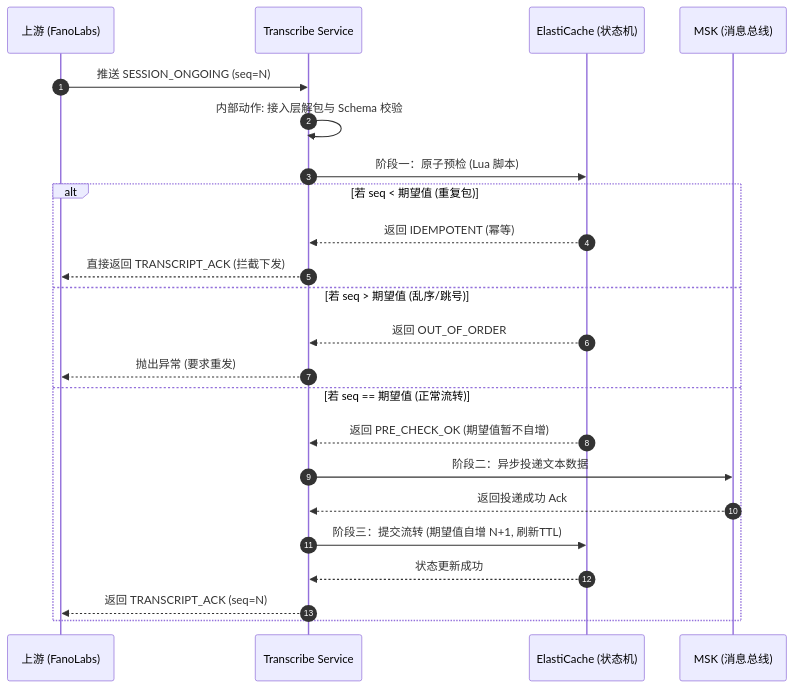
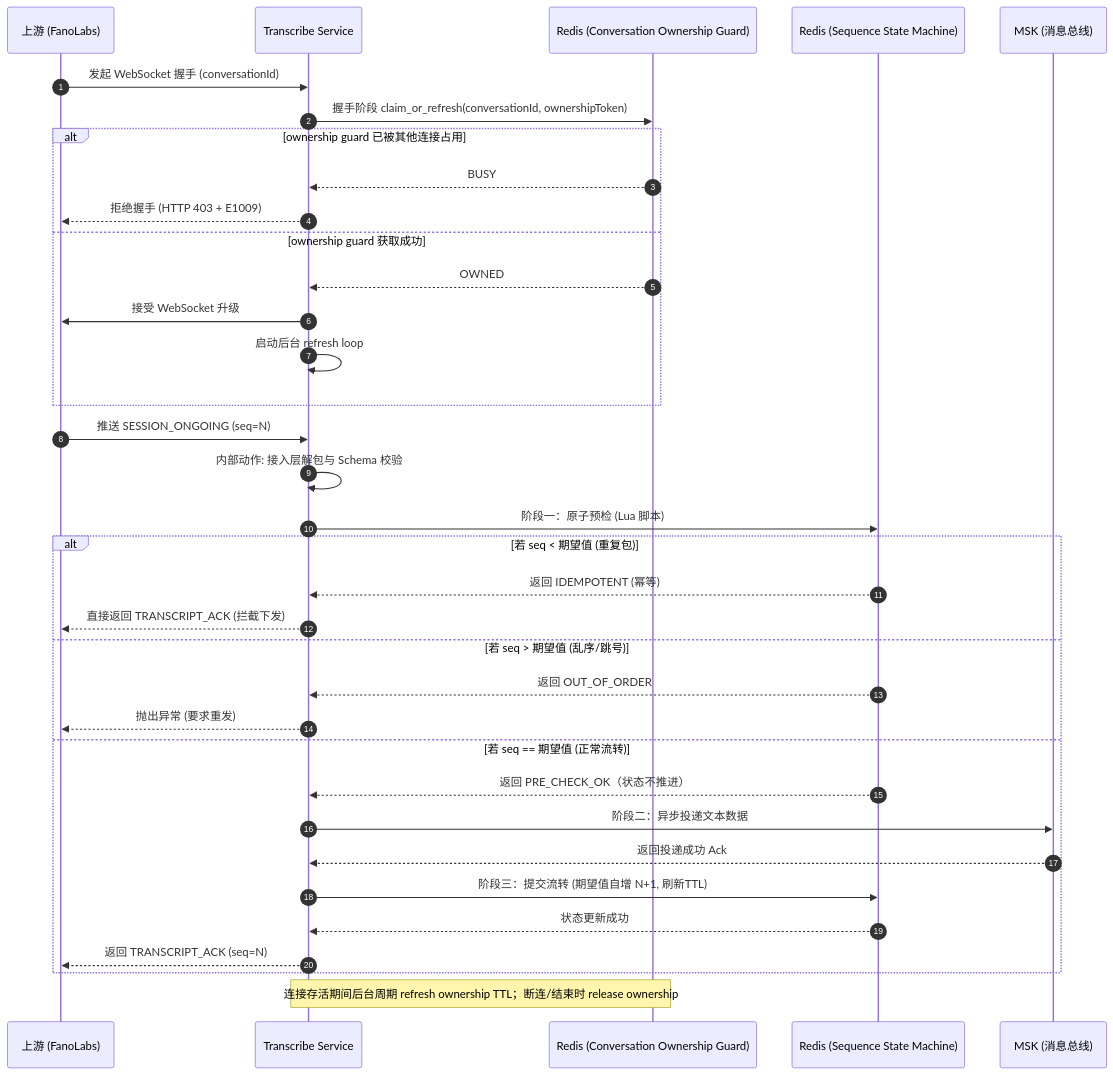
Before and after one commit to xiaodouya001/transcribe_service: the third of 6 diagrams in design/application-design_zh.md, drawn with Mermaid. The commit also changed other lines of this file and 47 other files, not shown here.

````diff
--- a/design/application-design_zh.md
+++ b/design/application-design_zh.md
@@ -114,30 +119,44 @@
 ```mermaid
 sequenceDiagram
     autonumber
     participant Vendor as 上游 (FanoLabs)
     participant Trans as Transcribe Service
-    participant Redis as ElastiCache (状态机)
+    participant RedisOwnership as Redis (Conversation Ownership Guard)
+    participant RedisState as Redis (Sequence State Machine)
     participant Kafka as MSK (消息总线)
+
+    Vendor->>Trans: 发起 WebSocket 握手 (conversationId)
+    Trans->>RedisOwnership: 握手阶段 claim_or_refresh(conversationId, ownershipToken)
+    alt ownership guard 已被其他连接占用
+        RedisOwnership-->>Trans: BUSY
+        Trans-->>Vendor: 拒绝握手 (HTTP 403 + E1009)
+    else ownership guard 获取成功
+        RedisOwnership-->>Trans: OWNED
+        Trans->>Vendor: 接受 WebSocket 升级
+        Trans->>Trans: 启动后台 refresh loop
+    end
 
     Vendor->>Trans: 推送 SESSION_ONGOING (seq=N)
     Trans->>Trans: 内部动作: 接入层解包与 Schema 校验
-    Trans->>Redis: 阶段一：原子预检 (Lua 脚本)
+    Trans->>RedisState: 阶段一：原子预检 (Lua 脚本)
     
     alt 若 seq < 期望值 (重复包)
-        Redis-->>Trans: 返回 IDEMPOTENT (幂等)
+        RedisState-->>Trans: 返回 IDEMPOTENT (幂等)
         Trans-->>Vendor: 直接返回 TRANSCRIPT_ACK (拦截下发)
     else 若 seq > 期望值 (乱序/跳号)
-        Redis-->>Trans: 返回 OUT_OF_ORDER
+        RedisState-->>Trans: 返回 OUT_OF_ORDER
         Trans-->>Vendor: 抛出异常 (要求重发)
     else 若 seq == 期望值 (正常流转)
-        Redis-->>Trans: 返回 PRE_CHECK_OK (期望值暂不自增)
+        RedisState-->>Trans: 返回 PRE_CHECK_OK（状态不推进）
         
         Trans->>Kafka: 阶段二：异步投递文本数据
         Kafka-->>Trans: 返回投递成功 Ack
         
-        Trans->>Redis: 阶段三：提交流转 (期望值自增 N+1, 刷新TTL)
-        Redis-->>Trans: 状态更新成功
+        Trans->>RedisState: 阶段三：提交流转 (期望值自增 N+1, 刷新TTL)
+        RedisState-->>Trans: 状态更新成功
         
         Trans-->>Vendor: 返回 TRANSCRIPT_ACK (seq=N)
     end
+
+    Note over Trans,RedisOwnership: 连接存活期间后台周期 refresh ownership TTL；断连/结束时 release ownership
 ```
````
